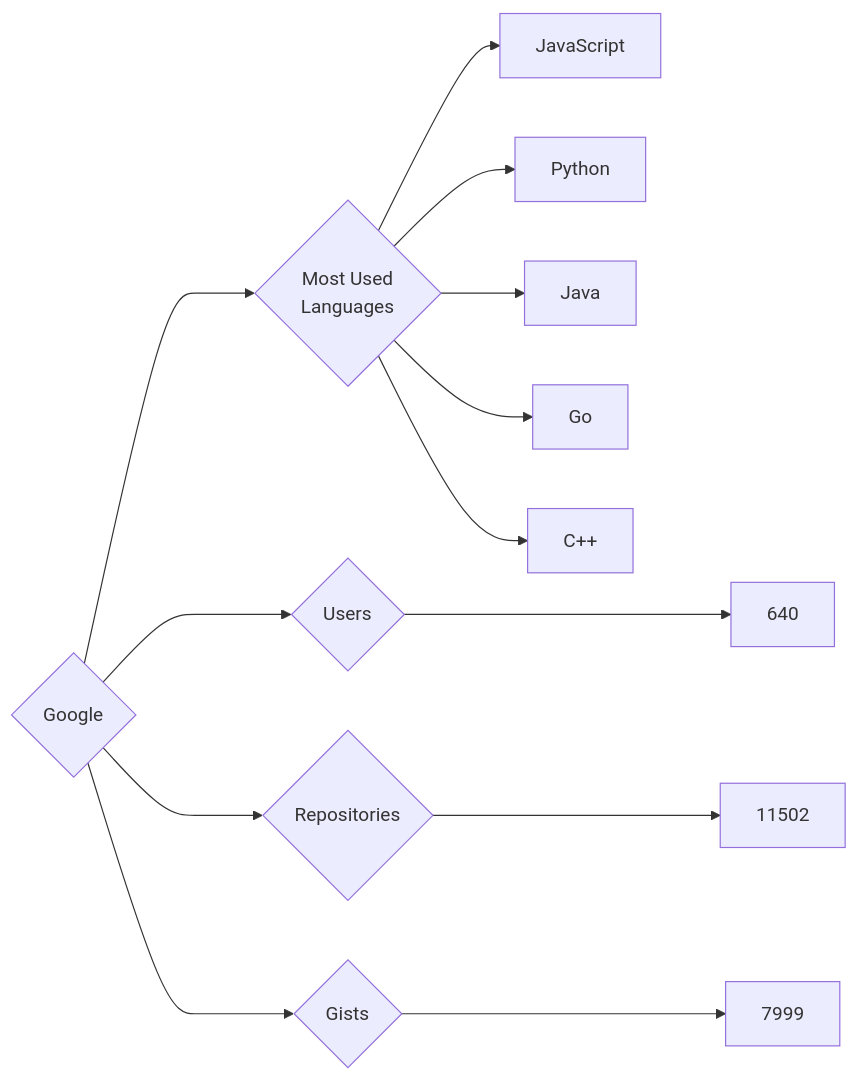
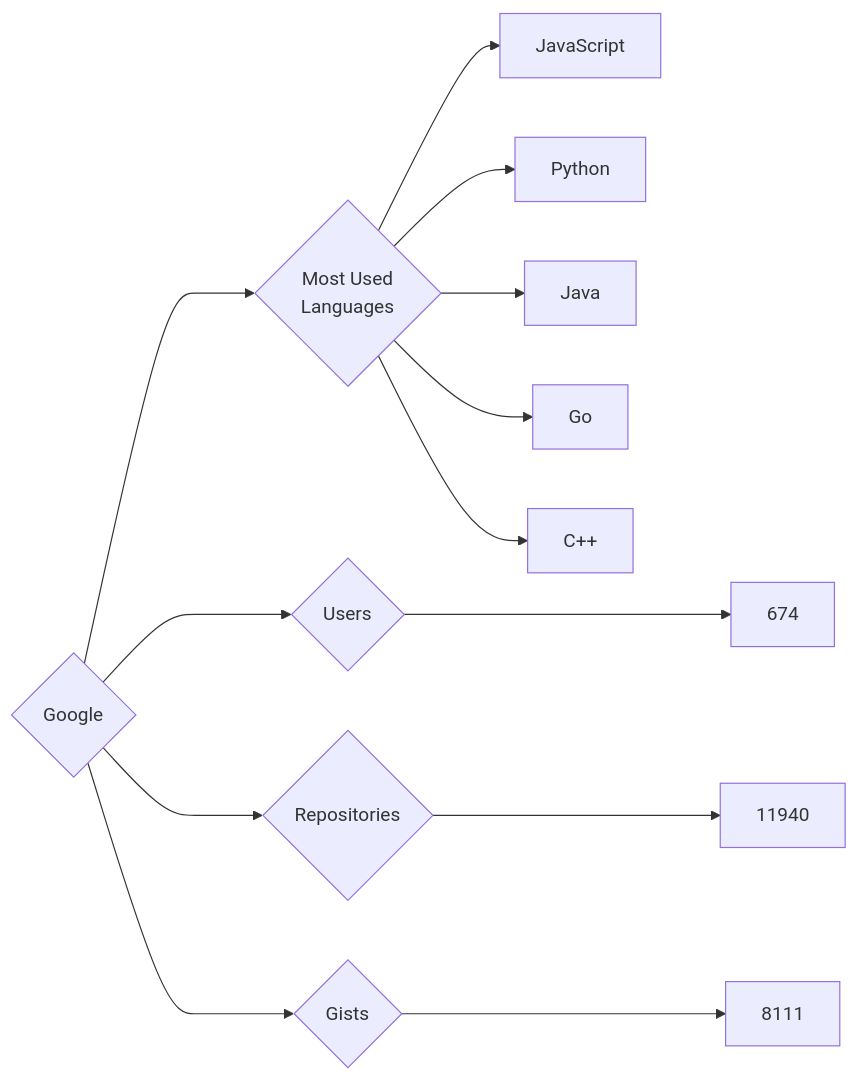
Before and after one commit to trickest/insiders: the diagram in targets/Google/README.md, drawn with Mermaid. The commit also changed 688 other files, not shown here.

````diff
--- a/targets/Google/README.md
+++ b/targets/Google/README.md
@@ -3,13 +3,13 @@
 ```mermaid
 graph LR
 COMPANY_NAME{Google}
-COMPANY_NAME ---> U{Users} ---> UN[640]
-COMPANY_NAME ---> R{Repositories} ---> RN[11502]
-COMPANY_NAME ---> G{Gists} ---> GN[7999]
+COMPANY_NAME ---> U{Users} ---> UN[674]
+COMPANY_NAME ---> R{Repositories} ---> RN[11940]
+COMPANY_NAME ---> G{Gists} ---> GN[8111]
 COMPANY_NAME ---> ML{Most Used<br>Languages}
 ML --> JavaScript[JavaScript]
 ML --> Python[Python]
 ML --> Java[Java]
 ML --> Go[Go]
 ML --> C++[C++]
 ```
````
